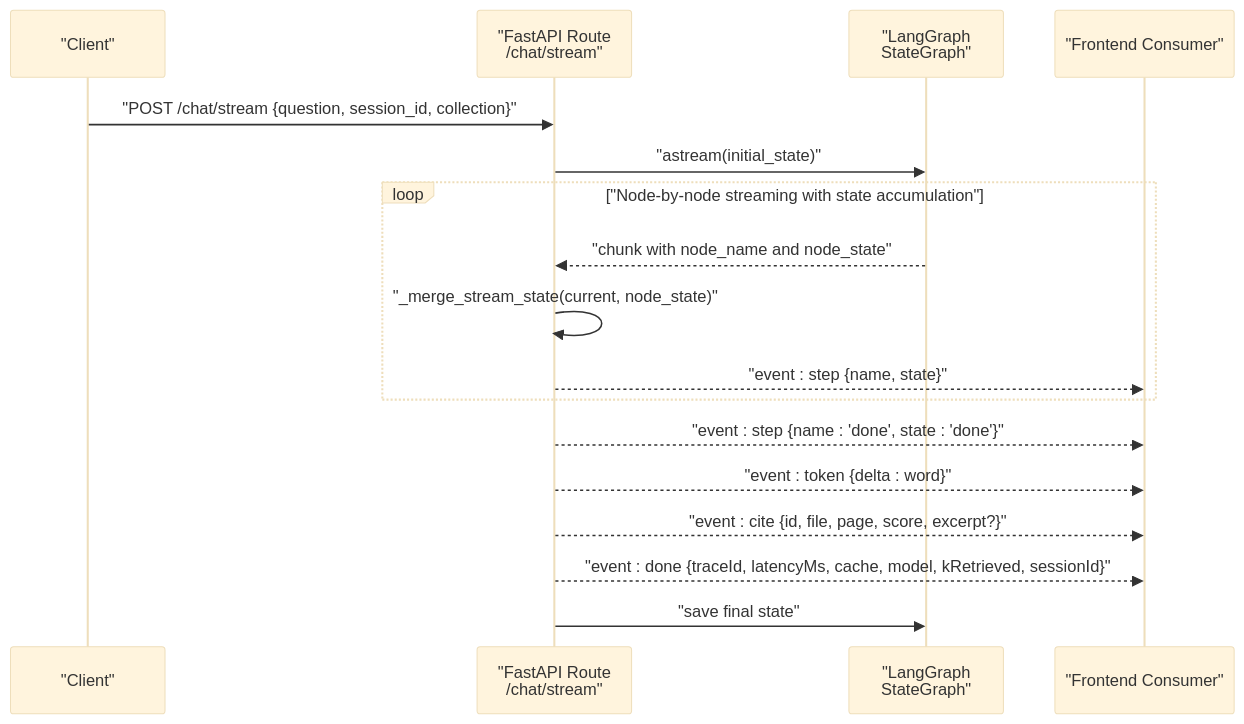
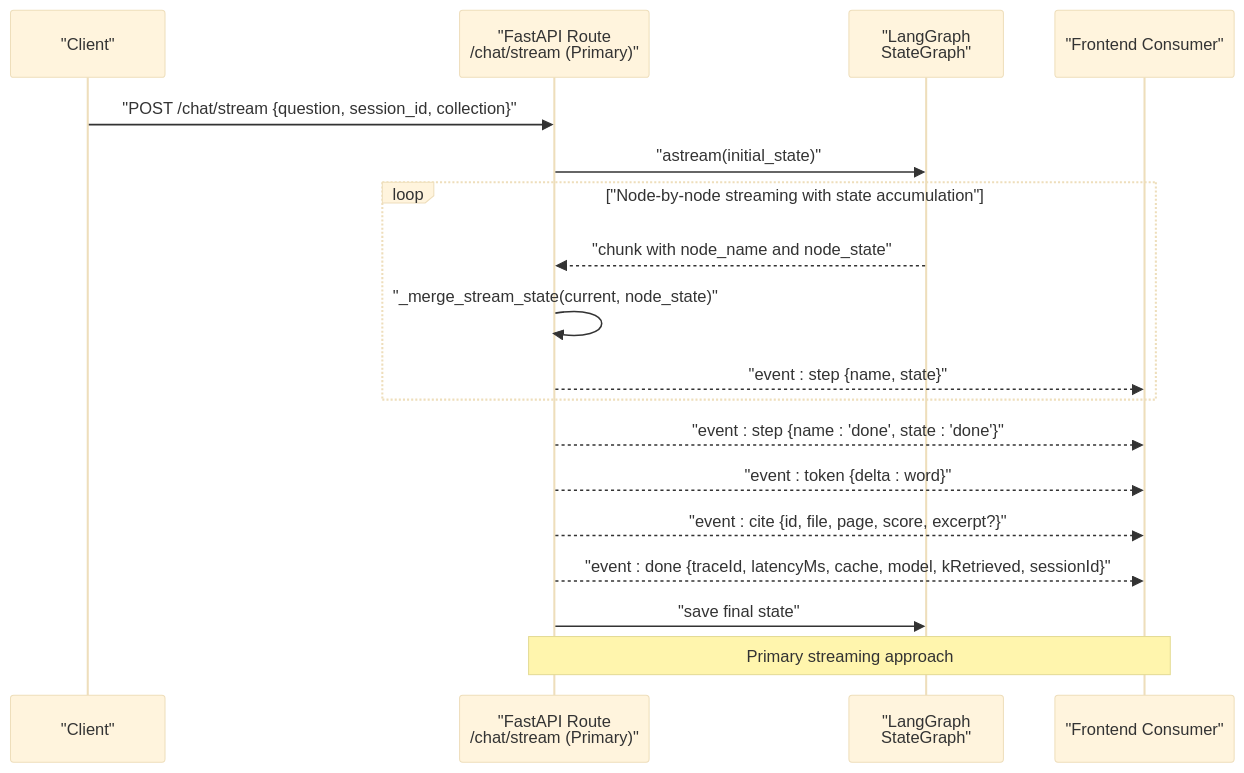
The second of 8 diagrams in .qoder/repowiki/en/content/API Reference/Chat API/Streaming Chat Endpoint.md (genes8/private-ai), drawn with Mermaid (base theme) before and after one commit. The commit also changed other lines of this file and 12 other files, not shown here.

````diff
--- a/.qoder/repowiki/en/content/API Reference/Chat API/Streaming Chat Endpoint.md
+++ b/.qoder/repowiki/en/content/API Reference/Chat API/Streaming Chat Endpoint.md
@@ -79,19 +95,20 @@
 ```mermaid
 sequenceDiagram
 participant C as "Client"
-participant R as "FastAPI Route<br/>/chat/stream"
+participant R as "FastAPI Route<br/>/chat/stream (Primary)"
 participant G as "LangGraph<br/>StateGraph"
 participant F as "Frontend Consumer"
 C->>R : "POST /chat/stream {question, session_id, collection}"
 R->>G : "astream(initial_state)"
 loop "Node-by-node streaming with state accumulation"
 G-->>R : "chunk with node_name and node_state"
 R->>R : "_merge_stream_state(current, node_state)"
 R-->>F : "event : step {name, state}"
 end
 R-->>F : "event : step {name : 'done', state : 'done'}"
 R-->>F : "event : token {delta : word}"
 R-->>F : "event : cite {id, file, page, score, excerpt?}"
 R-->>F : "event : done {traceId, latencyMs, cache, model, kRetrieved, sessionId}"
 R->>G : "save final state"
+Note over R,F : Primary streaming approach
 ```
````
